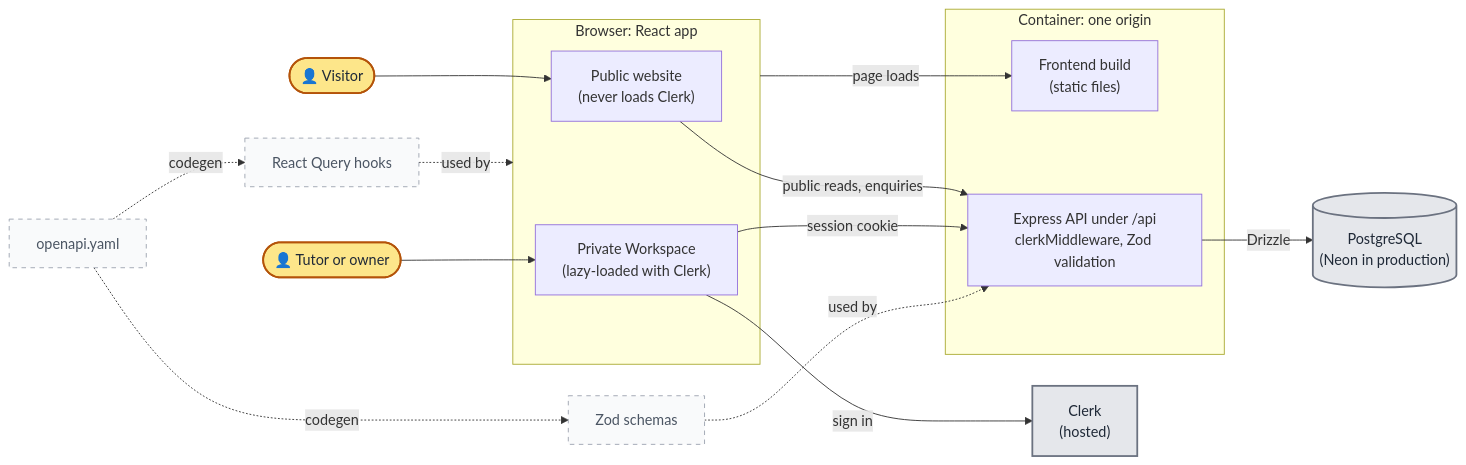
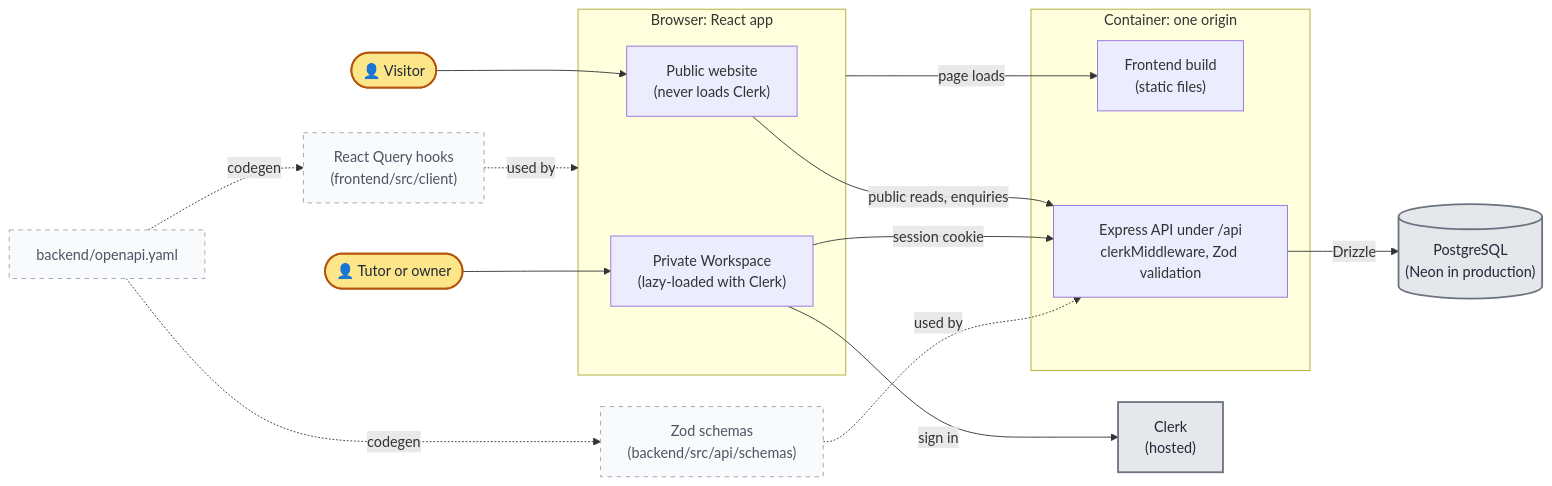
Before and after one commit to sumau/welltutored: the first of 2 diagrams in docs/architecture.md, drawn with Mermaid. The commit also changed other lines of this file and 1 other file, not shown here.

Commit message:
Describe the backend layout in architecture.md and the README (#113 step 9)

````diff
--- a/docs/architecture.md
+++ b/docs/architecture.md
@@ -14,34 +14,34 @@
 ```mermaid
 flowchart LR
   visitor(["👤 Visitor"]) --> public
   tutor(["👤 Tutor or owner"]) --> workspace
   classDef person fill:#fde68a,stroke:#b45309,stroke-width:2px,color:#1f2937
   class visitor,tutor person
 
   subgraph browser["Browser: React app"]
     public["Public website<br/>(never loads Clerk)"]
     workspace["Private Workspace<br/>(lazy-loaded with Clerk)"]
   end
 
   workspace -- "sign in" --> clerk["Clerk<br/>(hosted)"]
 
   subgraph container["Container: one origin"]
     static["Frontend build<br/>(static files)"]
     api["Express API under /api<br/>clerkMiddleware, Zod validation"]
   end
 
   browser -- "page loads" --> static
   public -- "public reads, enquiries" --> api
   workspace -- "session cookie" --> api
   api -- "Drizzle" --> db[("PostgreSQL<br/>(Neon in production)")]
 
-  spec["openapi.yaml"] -. "codegen" .-> hooks["React Query hooks"]
-  spec -. "codegen" .-> zod["Zod schemas"]
+  spec["backend/openapi.yaml"] -. "codegen" .-> hooks["React Query hooks<br/>(frontend/src/client)"]
+  spec -. "codegen" .-> zod["Zod schemas<br/>(backend/src/api/schemas)"]
   hooks -. "used by" .-> browser
   zod -. "used by" .-> api
 
   classDef external fill:#e5e7eb,stroke:#6b7280,stroke-width:2px,color:#1f2937
   classDef buildtime fill:#f9fafb,stroke:#9ca3af,stroke-dasharray:5 5,color:#4b5563
   class clerk,db external
   class spec,hooks,zod buildtime
 ```
````
